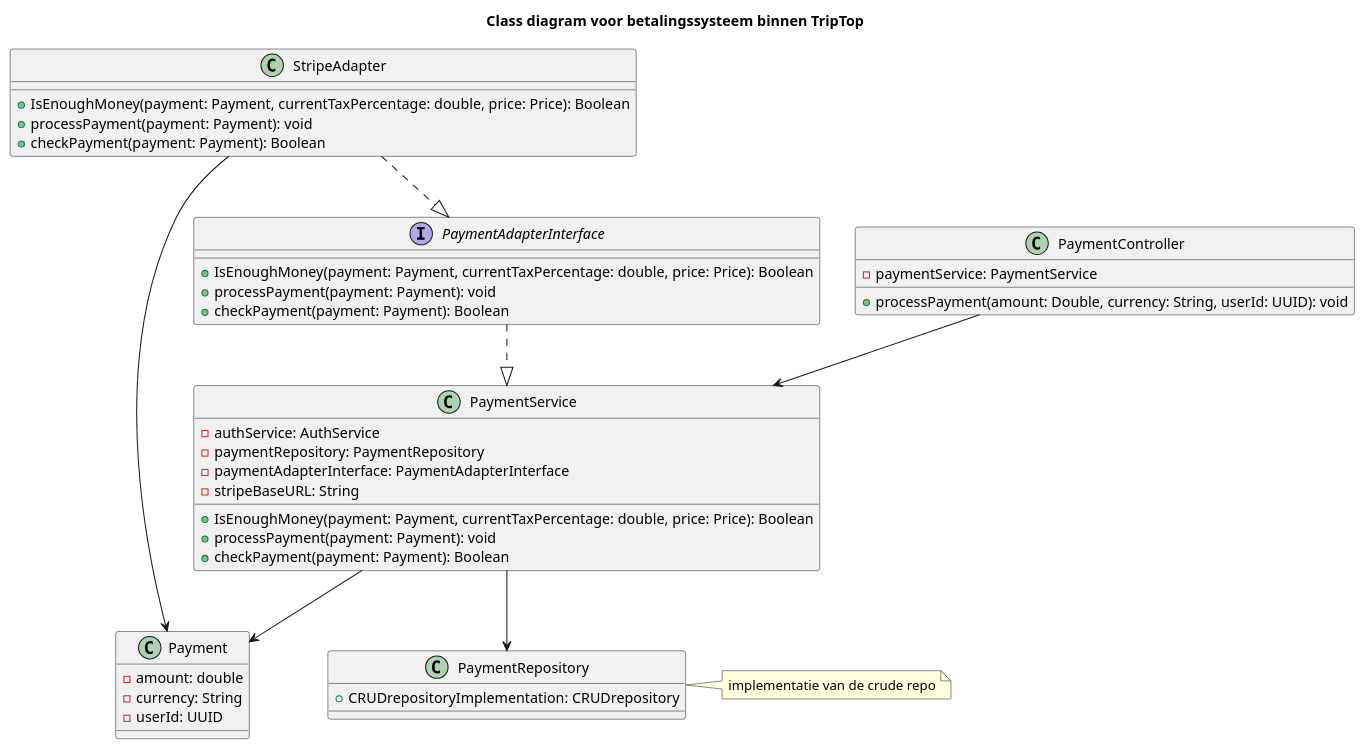
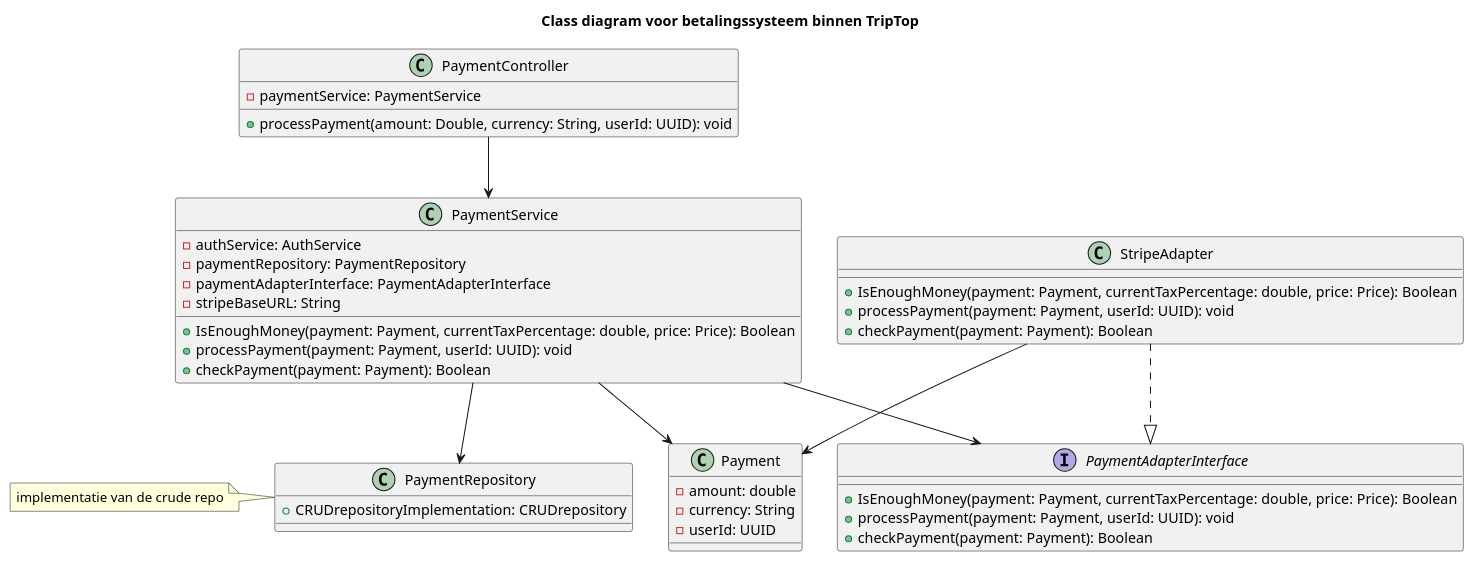
One commit to AIM-ENE-feb25/triptop-groep-b6 changed the diagram in gemaakte-werk-daniel/week-2/les-4/les/class-diagram-adapter.puml. Above: the diagram before and after it, drawn with PlantUML.

```diff
--- a/gemaakte-werk-daniel/week-2/les-4/les/class-diagram-adapter.puml
+++ b/gemaakte-werk-daniel/week-2/les-4/les/class-diagram-adapter.puml
@@ -1,52 +1,52 @@
 @startuml
 
 title Class diagram voor betalingssysteem binnen TripTop
 
 Class Payment {
     - amount: double
     - currency: String
     - userId: UUID
 }
 
 class PaymentController {
     - paymentService: PaymentService
     + processPayment(amount: Double, currency: String, userId: UUID): void
 }
 
 Class PaymentService {
     - authService: AuthService
     - paymentRepository: PaymentRepository
     - paymentAdapterInterface: PaymentAdapterInterface
     - stripeBaseURL: String
     + IsEnoughMoney(payment: Payment, currentTaxPercentage: double, price: Price): Boolean
-    + processPayment(payment: Payment): void
+    + processPayment(payment: Payment, userId: UUID): void
     + checkPayment(payment: Payment): Boolean
 }
 
 Class StripeAdapter {
     + IsEnoughMoney(payment: Payment, currentTaxPercentage: double, price: Price): Boolean
-    + processPayment(payment: Payment): void
+    + processPayment(payment: Payment, userId: UUID): void
     + checkPayment(payment: Payment): Boolean
 }
 
 Interface PaymentAdapterInterface {
     + IsEnoughMoney(payment: Payment, currentTaxPercentage: double, price: Price): Boolean
-    + processPayment(payment: Payment): void
+    + processPayment(payment: Payment, userId: UUID): void
     + checkPayment(payment: Payment): Boolean
 }
 
 Class PaymentRepository {
     + CRUDrepositoryImplementation: CRUDrepository
 }
-note right of PaymentRepository
+note left of PaymentRepository
   implementatie van de crude repo
 end note
 
 PaymentController --> PaymentService
 PaymentService --> PaymentRepository
 PaymentService --> Payment
-PaymentAdapterInterface ..|> PaymentService
+PaymentService -->  PaymentAdapterInterface
 StripeAdapter ..|> PaymentAdapterInterface
 StripeAdapter --> Payment
 
 @enduml
```
